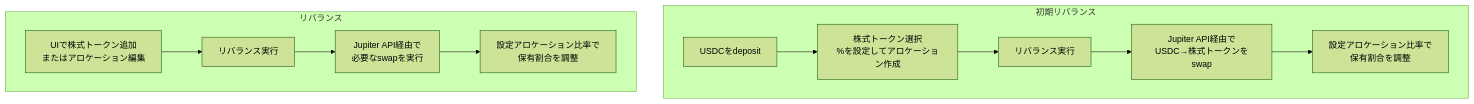
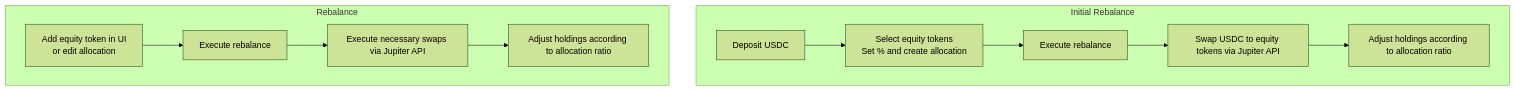
Before and after one commit to aki-0517/sloomo: the diagram in docs/exec-flow.md, drawn with Mermaid (forest theme). The commit also changed other lines of this file and 30 other files, not shown here.

````diff
--- a/docs/exec-flow.md
+++ b/docs/exec-flow.md
@@ -3,15 +3,15 @@
 ```mermaid
 flowchart TD
-  subgraph "初期リバランス"
-    A1["USDCをdeposit"] --> A2["株式トークン選択<br/>%を設定してアロケーション作成"]
-    A2 --> A3["リバランス実行"]
-    A3 --> A4["Jupiter API経由で<br/>USDC→株式トークンをswap"]
-    A4 --> A5["設定アロケーション比率で<br/>保有割合を調整"]
+  subgraph "Initial Rebalance"
+    A1["Deposit USDC"] --> A2["Select equity tokens<br/>Set % and create allocation"]
+    A2 --> A3["Execute rebalance"]
+    A3 --> A4["Swap USDC to equity tokens via Jupiter API"]
+    A4 --> A5["Adjust holdings according to allocation ratio"]
   end
 
-  subgraph "リバランス"
-    B1["UIで株式トークン追加<br/>またはアロケーション編集"] --> B2["リバランス実行"]
-    B2 --> B3["Jupiter API経由で<br/>必要なswapを実行"]
-    B3 --> B4["設定アロケーション比率で<br/>保有割合を調整"]
+  subgraph "Rebalance"
+    B1["Add equity token in UI<br/>or edit allocation"] --> B2["Execute rebalance"]
+    B2 --> B3["Execute necessary swaps via Jupiter API"]
+    B3 --> B4["Adjust holdings according to allocation ratio"]
   end
 ```
````
